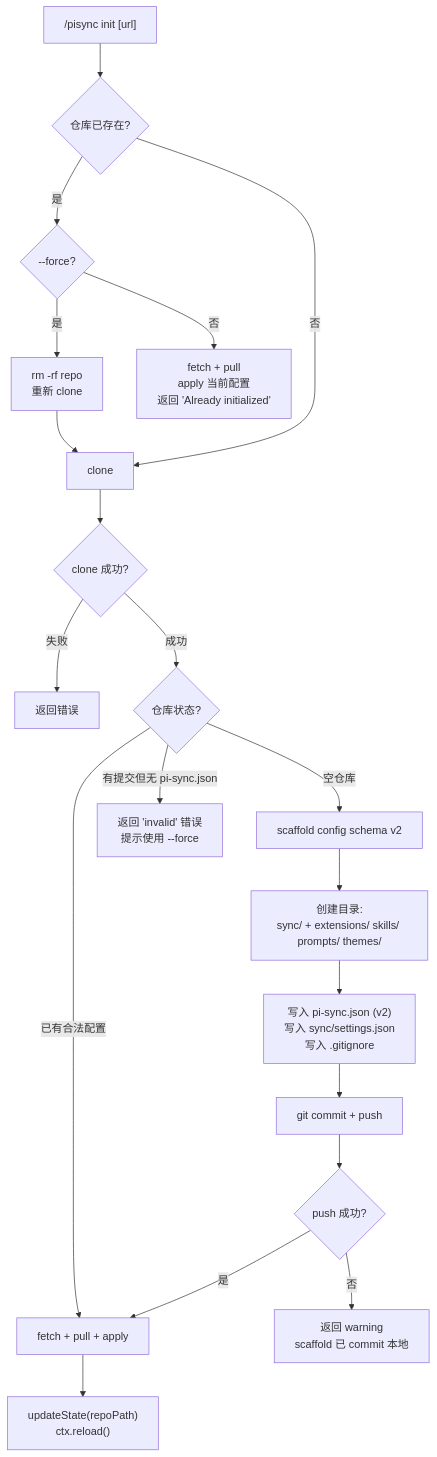
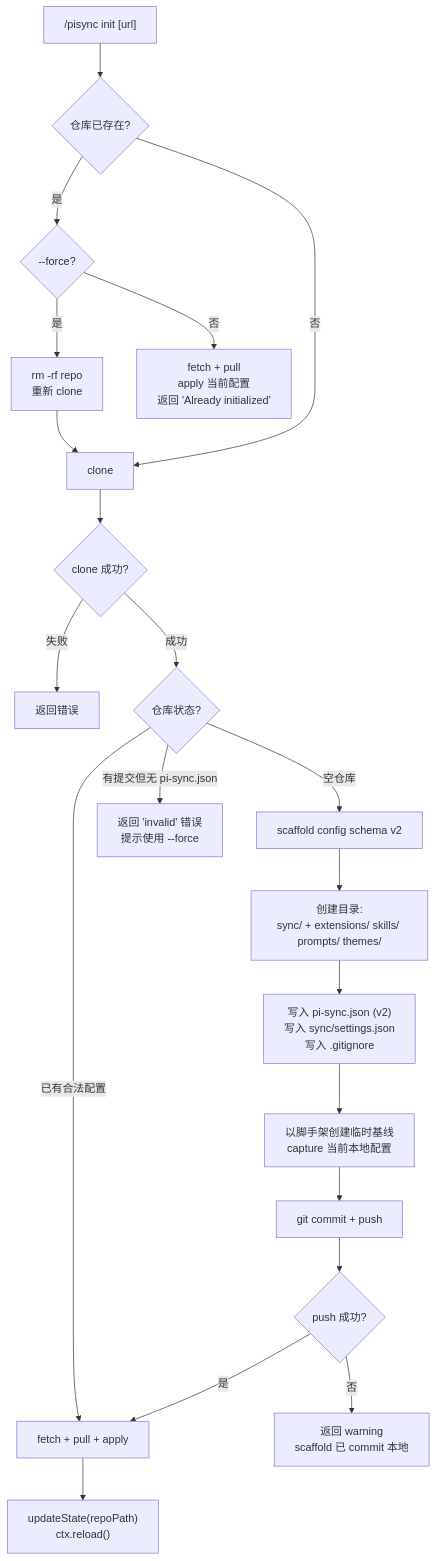
One commit to jachy-h/pi-git-sync changed the ninth of 12 diagrams in docs/architecture.md. Above: the diagram before and after it, drawn with Mermaid. The commit also changed 6 other files, not shown here.

````diff
--- a/docs/architecture.md
+++ b/docs/architecture.md
@@ -533,26 +533,27 @@
 ```mermaid
 flowchart TD
     A["/pisync init [url]"] --> B{仓库已存在?}
     B -->|是| C{--force?}
     C -->|是| D["rm -rf repo<br/>重新 clone"]
     C -->|否| E["fetch + pull<br/>apply 当前配置<br/>返回 'Already initialized'"]
     D --> F[clone]
     B -->|否| F
     
     F --> G{clone 成功?}
     G -->|失败| H[返回错误]
     G -->|成功| I{仓库状态?}
     
     I -->|空仓库| J[scaffold config schema v2]
     I -->|已有合法配置| K[fetch + pull + apply]
     I -->|有提交但无 pi-sync.json| L["返回 'invalid' 错误<br/>提示使用 --force"]
     
     J --> M["创建目录:<br/>sync/ + extensions/ skills/ prompts/ themes/"]
     M --> N["写入 pi-sync.json (v2)<br/>写入 sync/settings.json<br/>写入 .gitignore"]
-    N --> O["git commit + push"]
+    N --> C1["以脚手架创建临时基线<br/>capture 当前本地配置"]
+    C1 --> O["git commit + push"]
     O --> P{push 成功?}
     P -->|是| K
     P -->|否| Q["返回 warning<br/>scaffold 已 commit 本地"]
     
     K --> R["updateState(repoPath)<br/>ctx.reload()"]
 ```
````
